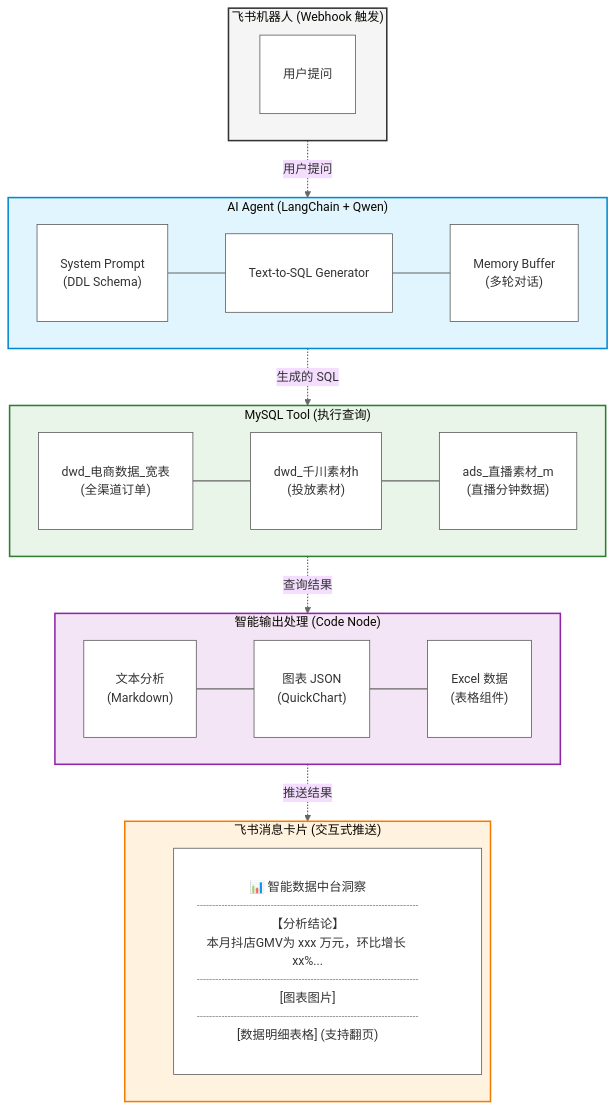
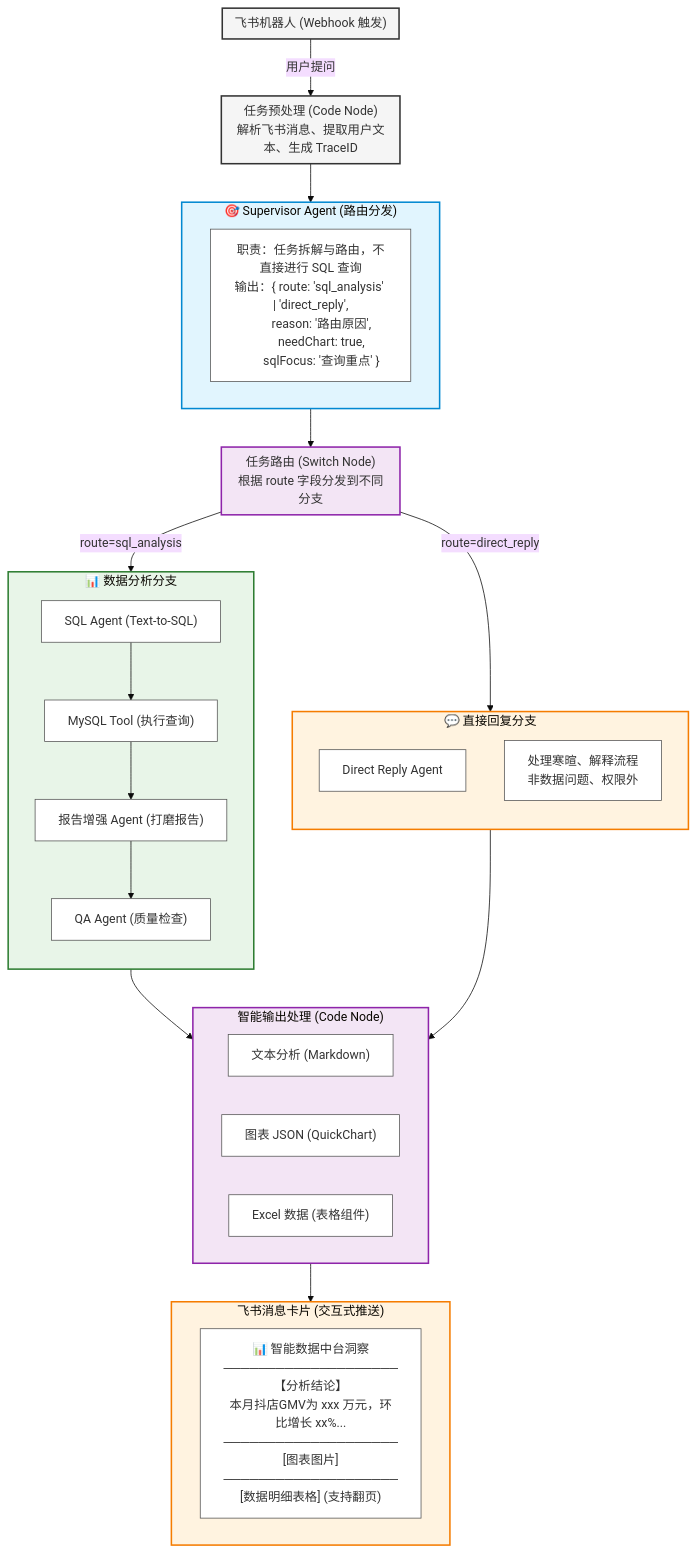
The first of 3 diagrams in README.md (liuchaoqi-7/-Multi-Agent-Workflow), drawn with Mermaid (base theme) before and after one commit. The commit also changed other lines of this file, not shown here.

````diff
--- a/README.md
+++ b/README.md
@@ -108,87 +112,106 @@
 ```mermaid
-flowchart TD
-    %% 整体纵向布局
+flowchart TB
     direction TB
-    linkStyle default stroke:#666,stroke-width:1.5px
 
-    %% 1. 飞书机器人 (Webhook 触发)
-    subgraph WebhookFeishu["飞书机器人 (Webhook 触发)"]
-        direction LR
-        FeishuTrigger["用户提问"]
-        %% 强制居中
-        FeishuTrigger:::center-node
+    %% 1. 飞书机器人
+    subgraph FeishuBot["飞书机器人 (Webhook 触发)"]
     end
 
-    %% 2. AI Agent (LangChain + Qwen)
-    subgraph AIAgent["AI Agent (LangChain + Qwen)"]
-        direction LR
-        System["System Prompt<br/>(DDL Schema)"]:::center-node
-        Text2SQL["Text-to-SQL Generator"]:::center-node
-        Memory["Memory Buffer<br/>(多轮对话)"]:::center-node
-        
-        %% 水平等距排列（关键：空节点占位实现居中）
-        System --- Text2SQL --- Memory
+    %% 2. 任务预处理
+    subgraph Preprocess["任务预处理 (Code Node)
+解析飞书消息、提取用户文本、生成 TraceID"]
     end
 
-    %% 3. MySQL Tool (执行查询)
-    subgraph MySQLTool["MySQL Tool (执行查询)"]
+    %% 3. 路由分发Agent
+    subgraph Supervisor["🎯 Supervisor Agent (路由分发)"]
         direction LR
-        Table1["dwd_电商数据_宽表<br/>(全渠道订单)"]:::center-node
-        Table2["dwd_千川素材h<br/>(投放素材)"]:::center-node
-        Table3["ads_直播素材_m<br/>(直播分钟数据)"]:::center-node
-        
-        %% 水平等距排列
-        Table1 --- Table2 --- Table3
+        RouteInfo["职责：任务拆解与路由，不直接进行 SQL 查询
+输出：{ route: 'sql_analysis' | 'direct_reply',
+       reason: '路由原因',
+       needChart: true,
+       sqlFocus: '查询重点' }"]
     end
 
-    %% 4. 智能输出处理 (Code Node)
-    subgraph OutputProcess["智能输出处理 (Code Node)"]
-        direction LR
-        TextAnalyze["文本分析<br/>(Markdown)"]:::center-node
-        ChartJson["图表 JSON<br/>(QuickChart)"]:::center-node
-        ExcelData["Excel 数据<br/>(表格组件)"]:::center-node
-        
-        %% 水平等距排列
-        TextAnalyze --- ChartJson --- ExcelData
+    %% 4. 任务路由Switch
+    subgraph SwitchNode["任务路由 (Switch Node)
+根据 route 字段分发到不同分支"]
     end
 
-    %% 5. 飞书消息卡片 (交互式推送)
-    subgraph FeishuCard["飞书消息卡片 (交互式推送)"]
+    %% 5. 数据分析分支
+    subgraph SQLBranch["📊 数据分析分支"]
+        direction TB
+        SQLAgent["SQL Agent (Text-to-SQL)"]
+        MySQL["MySQL Tool (执行查询)"]
+        ReportAgent["报告增强 Agent (打磨报告)"]
+        QAAgent["QA Agent (质量检查)"]
+    end
+
+    %% 6. 直接回复分支
+    subgraph DirectBranch["💬 直接回复分支"]
+        direction TB
+        DirectAgent["Direct Reply Agent"]
+        DirectTip["处理寒暄、解释流程
+非数据问题、权限外"]
+    end
+
+    %% 7. 智能输出处理
+    subgraph Output["智能输出处理 (Code Node)"]
+        direction LR
+        Text["文本分析 (Markdown)"]
+        Chart["图表 JSON (QuickChart)"]
+        Excel["Excel 数据 (表格组件)"]
+    end
+
+    %% 8. 飞书消息卡片
+    subgraph Card["飞书消息卡片 (交互式推送)"]
         direction LR
         CardContent["📊 智能数据中台洞察
-┈┈┈┈┈┈┈┈┈┈┈┈┈┈┈┈┈┈
+────────────────────
 【分析结论】
 本月抖店GMV为 xxx 万元，环比增长 xx%...
-┈┈┈┈┈┈┈┈┈┈┈┈┈┈┈┈┈┈
+────────────────────
 [图表图片]
-┈┈┈┈┈┈┈┈┈┈┈┈┈┈┈┈┈┈
-[数据明细表格] (支持翻页)"]:::center-node
+────────────────────
+[数据明细表格] (支持翻页)"]
     end
 
-    %% 主流程连线（纵向居中）
-    WebhookFeishu -.->|用户提问| AIAgent
-    AIAgent -.->|生成的 SQL| MySQLTool
-    MySQLTool -.->|查询结果| OutputProcess
-    OutputProcess -.->|推送结果| FeishuCard
+    %% 流程连线
+    FeishuBot -->|用户提问| Preprocess
+    Preprocess --> Supervisor
+    Supervisor --> SwitchNode
 
-    %% 样式定义（沿用你的配色体系）
-    classDef center-node text-align:center, padding:8px, margin:0 auto;
-    style WebhookFeishu fill:#f5f5f5,stroke:#333,stroke-width:2px, text-align:center;
-    style AIAgent fill:#e1f5fe,stroke:#0288d1,stroke-width:2px, text-align:center;
-    style MySQLTool fill:#e8f5e8,stroke:#2e7d32,stroke-width:2px, text-align:center;
-    style OutputProcess fill:#f3e5f5,stroke:#8e24aa,stroke-width:2px, text-align:center;
-    style FeishuCard fill:#fff3e0,stroke:#f57c00,stroke-width:2px, text-align:center;
+    SwitchNode -->|route=sql_analysis| SQLBranch
+    SwitchNode -->|route=direct_reply| DirectBranch
 
-    %% 内部模块样式
-    style System fill:#ffffff,stroke:#555,rounded:10px;
-    style Text2SQL fill:#ffffff,stroke:#555,rounded:10px;
-    style Memory fill:#ffffff,stroke:#555,rounded:10px;
-    style Table1 fill:#ffffff,stroke:#555,rounded:10px;
-    style Table2 fill:#ffffff,stroke:#555,rounded:10px;
-    style Table3 fill:#ffffff,stroke:#555,rounded:10px;
-    style TextAnalyze fill:#ffffff,stroke:#555,rounded:10px;
-    style ChartJson fill:#ffffff,stroke:#555,rounded:10px;
-    style ExcelData fill:#ffffff,stroke:#555,rounded:10px;
-    style CardContent fill:#ffffff,stroke:#555,rounded:10px, width:400px;
-    style FeishuTrigger fill:#ffffff,stroke:#555,rounded:10px;
+    SQLBranch --> Output
+    DirectBranch --> Output
+
+    Output --> Card
+
+    %% 数据分析分支内部流程
+    SQLAgent --> MySQL
+    MySQL --> ReportAgent
+    ReportAgent --> QAAgent
+
+    %% 样式（和你整套完全统一）
+    style FeishuBot fill:#f5f5f5,stroke:#333,stroke-width:2px
+    style Preprocess fill:#f5f5f5,stroke:#333,stroke-width:2px
+    style Supervisor fill:#e1f5fe,stroke:#0288d1,stroke-width:2px
+    style SwitchNode fill:#f3e5f5,stroke:#8e24aa,stroke-width:2px
+    style SQLBranch fill:#e8f5e8,stroke:#2e7d32,stroke-width:2px
+    style DirectBranch fill:#fff3e0,stroke:#f57c00,stroke-width:2px
+    style Output fill:#f3e5f5,stroke:#8e24aa,stroke-width:2px
+    style Card fill:#fff3e0,stroke:#f57c00,stroke-width:2px
+
+    style RouteInfo fill:#fff,stroke:#555
+    style SQLAgent fill:#fff,stroke:#555
+    style MySQL fill:#fff,stroke:#555
+    style ReportAgent fill:#fff,stroke:#555
+    style QAAgent fill:#fff,stroke:#555
+    style DirectAgent fill:#fff,stroke:#555
+    style DirectTip fill:#fff,stroke:#555
+    style Text fill:#fff,stroke:#555
+    style Chart fill:#fff,stroke:#555
+    style Excel fill:#fff,stroke:#555
+    style CardContent fill:#fff,stroke:#555
 ```
````
